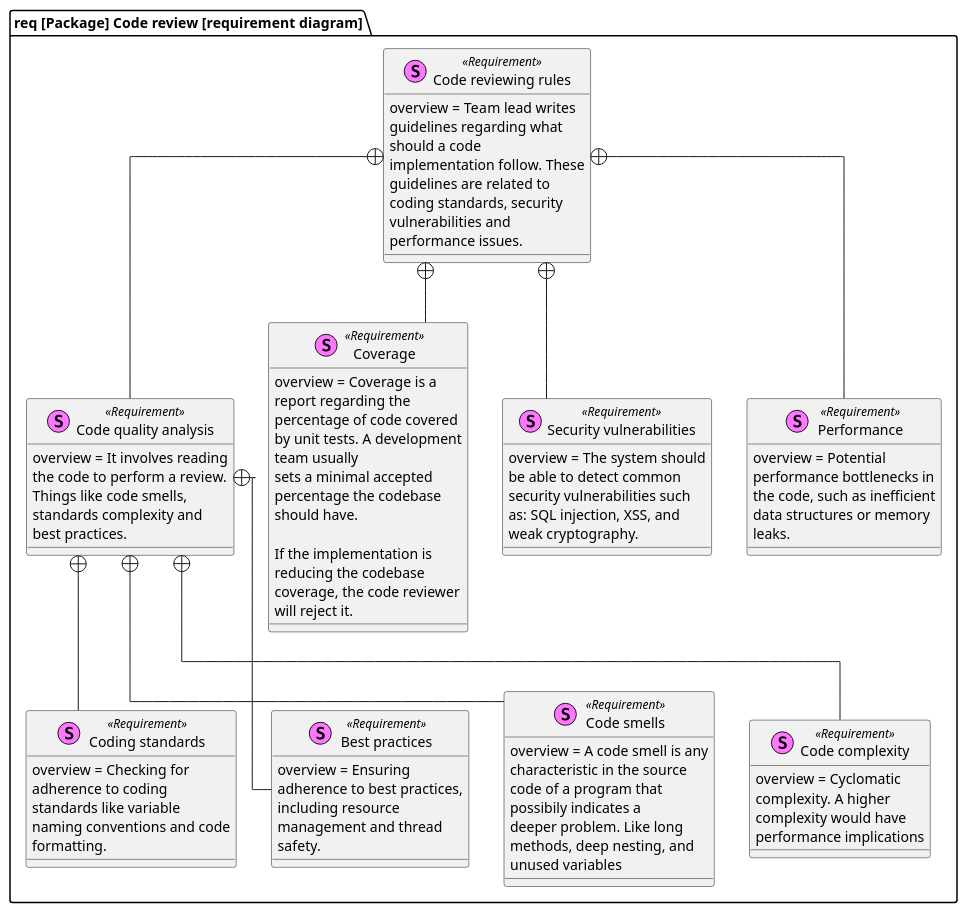
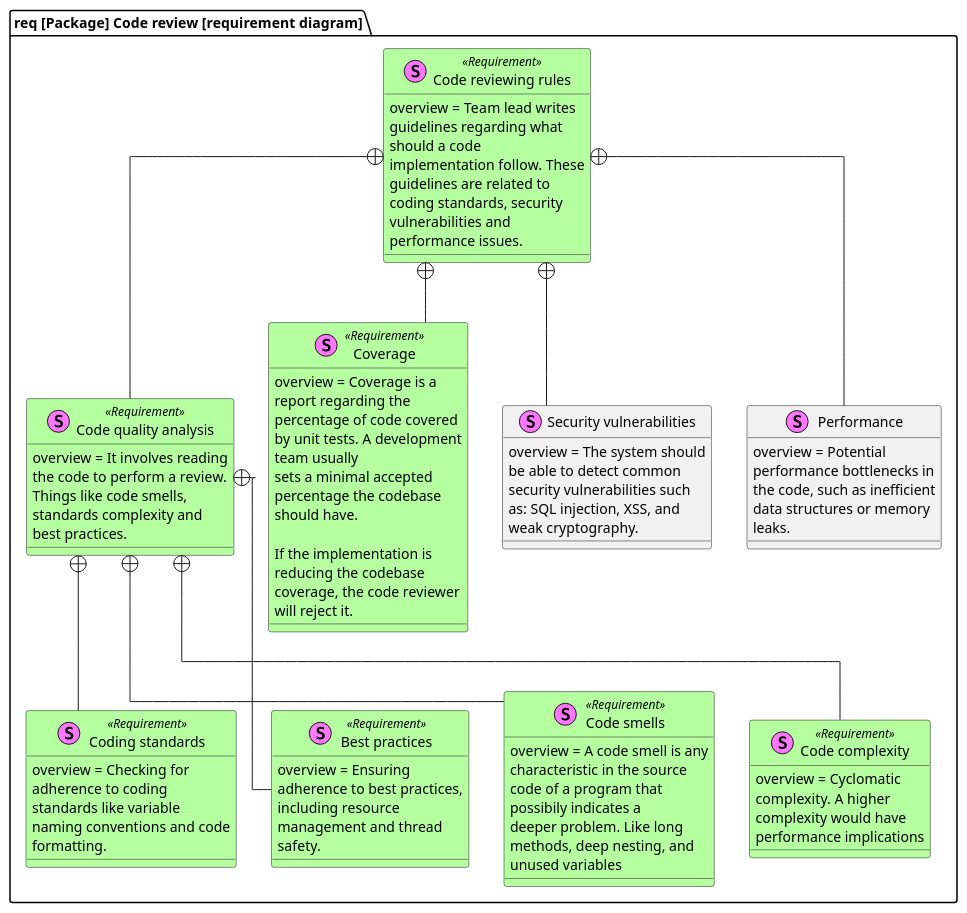
The diagram in requirement-diagram/code-review.puml (SoftDevSix/system-design), drawn with PlantUML before and after one commit. The commit also changed 4 other files, not shown here.

```diff
--- a/requirement-diagram/code-review.puml
+++ b/requirement-diagram/code-review.puml
@@ -5,68 +5,71 @@
 @startuml
 skinparam wrapwidth 200
 skinparam linetype ortho
+skinparam class {
+    BackgroundColor<<Requirement>> #B6FFA1
+}
 
 package "req [Package] Code review [requirement diagram]" {
 
     stereotype "Coding standards" as standards <<Requirement>> {
         overview = Checking for adherence to coding standards like variable naming conventions and code formatting.
     }
 
     stereotype "Best practices" as best_practices <<Requirement>> {
         overview = Ensuring adherence to best practices, including resource management and thread safety.
     }
 
     stereotype "Code smells" as code_smells <<Requirement>> {
         ' https://docs.sonarsource.com/sonarqube/latest/user-guide/rules/built-in-rule-tags/
         ' https://en.wikipedia.org/wiki/Code_smell
         overview = A code smell is any characteristic in the source code of a program that possibily indicates a
         deeper problem. Like long methods, deep nesting, and unused variables
 
         ' Code smells have a negative effect on the manteinability of a program.
 
         ' Note: SonarQube has the following built-in rules such as: unused, convention, confusing, bad-practice.
     }
 
     stereotype "Code complexity" as complexity <<Requirement>> {
         ' https://en.wikipedia.org/wiki/Cyclomatic_complexity
         overview = Cyclomatic complexity. A higher complexity would have performance implications
     }
 
     stereotype "Code quality analysis" as code <<Requirement>> {
         overview = It involves reading the code to perform a review. Things like code smells, standards complexity and best practices.
     }
     code +-- best_practices
     code +-- standards
     code +-- code_smells
     code +-- complexity
 
     stereotype "Coverage" as code_coverage <<Requirement>> {
         overview = Coverage is a report regarding the percentage of code covered by unit tests. A development team usually
         sets a minimal accepted percentage the codebase should have.
 
         If the implementation is reducing the codebase coverage, the code reviewer will reject it.
 
         'CS-015 [SP-0]: As a developer, I want to have my code coverage percentage shown when I finish analyzing it so that the developer can have feedback on his code.
     }
 
-    stereotype "Security vulnerabilities" as security <<Requirement>> {
+    stereotype "Security vulnerabilities" as security {
         overview = The system should be able to detect common security vulnerabilities such as: SQL injection, XSS, and weak cryptography.
     }
 
-    stereotype "Performance" as performance <<Requirement>> {
+    stereotype "Performance" as performance {
         overview = Potential performance bottlenecks in the code, such as inefficient data structures or memory leaks.
     }
 
     stereotype "Code reviewing rules" as rules <<Requirement>> {
         overview = Team lead writes guidelines regarding what should a code implementation follow. These guidelines are related to coding standards, security vulnerabilities and performance issues.
 
         ' Rules are guidelines to keep and improve codebase health. They could be: class size, method size, quantity of method parameters, method size, etc.
 
         ' [CS-]CS-004 [SP-0] : As a team lead I want to write down rules and agreements in order to set up the guidelines for a code review
     }
     rules +-- code
     rules +-- code_coverage
     rules +-- security
     rules +-- performance
 }
 @enduml
```
